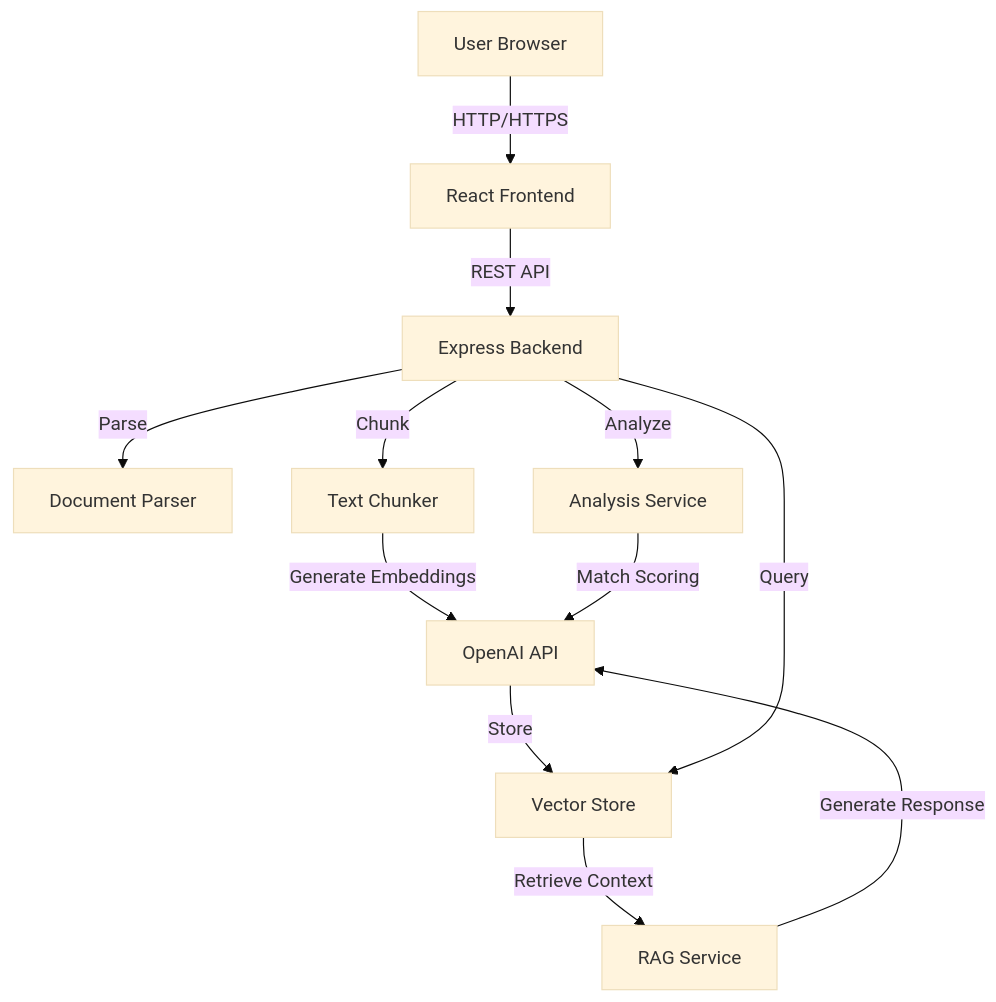
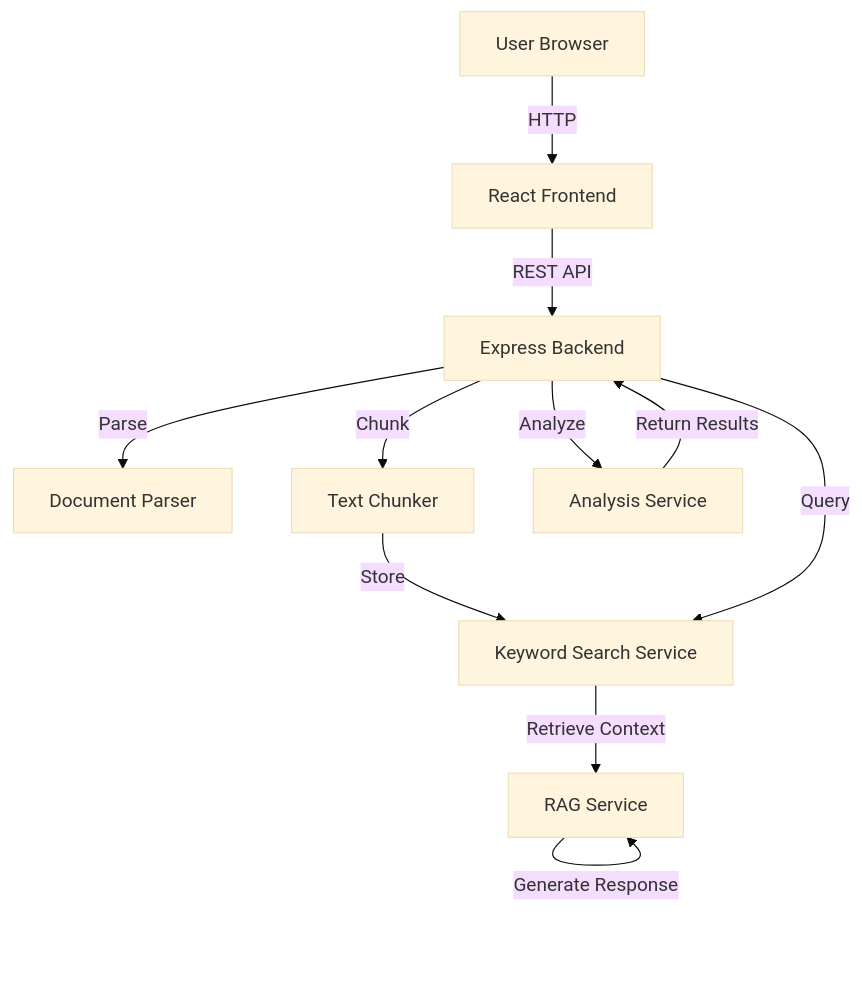
The diagram in ARCHITECTURE.md (ankitsingh711/AI-Resume-Parser), drawn with Mermaid (base theme) before and after one commit. The commit also changed other lines of this file and 19 other files, not shown here.

````diff
--- a/ARCHITECTURE.md
+++ b/ARCHITECTURE.md
@@ -9,14 +9,13 @@
 ```mermaid
 graph TD
-    A[User Browser] -->|HTTP/HTTPS| B[React Frontend]
+    A[User Browser] -->|HTTP| B[React Frontend]
     B -->|REST API| C[Express Backend]
     C -->|Parse| D[Document Parser]
     C -->|Chunk| E[Text Chunker]
-    E -->|Generate Embeddings| F[OpenAI API]
-    F -->|Store| G[Vector Store]
-    C -->|Query| G
-    G -->|Retrieve Context| H[RAG Service]
-    H -->|Generate Response| F
-    C -->|Analyze| I[Analysis Service]
-    I -->|Match Scoring| F
+    E -->|Store| F[Keyword Search Service]
+    C -->|Query| F
+    F -->|Retrieve Context| G[RAG Service]
+    G -->|Generate Response| G
+    C -->|Analyze| H[Analysis Service]
+    H -->|Return Results| C
 ```
````
